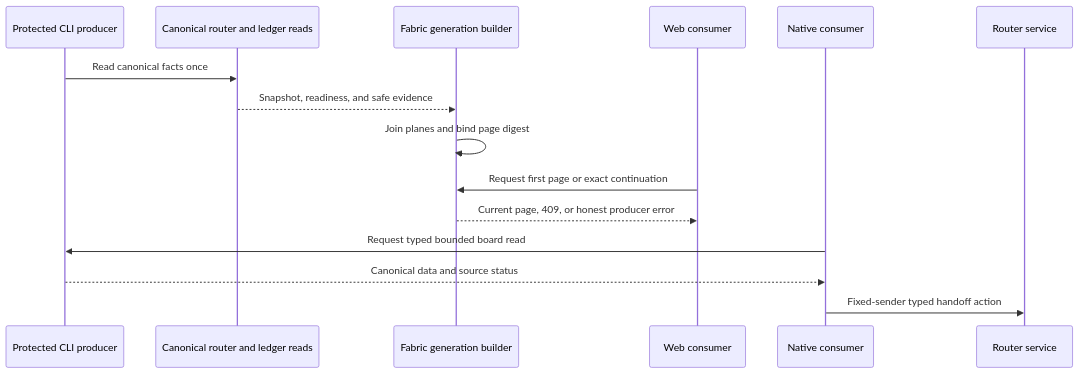
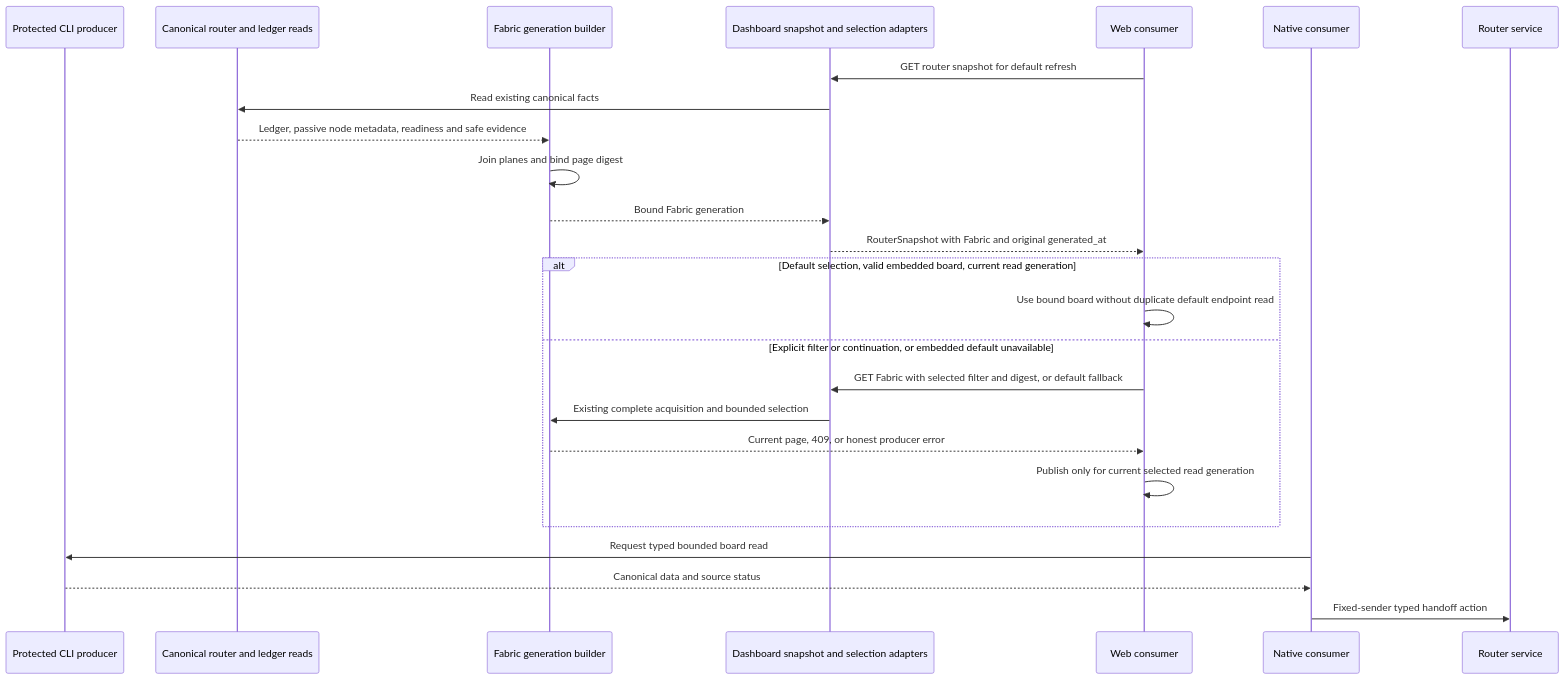
One commit to SirsiMaster/sirsi-pantheon changed diagram 24 of 37 in docs/stacklab/pantheon-pt/canon/DIAGRAMS_FABRIC_OPERATIONS.md. Above: the diagram before and after it, drawn with Mermaid. The commit also changed other lines of this file and 61 other files, not shown here.

Commit message:
fix(pantheon): complete native readability and bounded Fabric corrective cohort

````diff
--- a/docs/stacklab/pantheon-pt/canon/DIAGRAMS_FABRIC_OPERATIONS.md
+++ b/docs/stacklab/pantheon-pt/canon/DIAGRAMS_FABRIC_OPERATIONS.md
@@ -735,17 +760,27 @@
 ```mermaid
 sequenceDiagram
   participant CLI as Protected CLI producer
   participant Store as Canonical router and ledger reads
   participant Board as Fabric generation builder
+  participant API as Dashboard snapshot and selection adapters
   participant Web as Web consumer
   participant Native as Native consumer
   participant Service as Router service
-  CLI->>Store: Read canonical facts once
-  Store-->>Board: Snapshot, readiness, and safe evidence
+  Web->>API: GET router snapshot for default refresh
+  API->>Store: Read existing canonical facts
+  Store-->>Board: Ledger, passive node metadata, readiness and safe evidence
   Board->>Board: Join planes and bind page digest
-  Web->>Board: Request first page or exact continuation
-  Board-->>Web: Current page, 409, or honest producer error
+  Board-->>API: Bound Fabric generation
+  API-->>Web: RouterSnapshot with Fabric and original generated_at
+  alt Default selection, valid embedded board, current read generation
+    Web->>Web: Use bound board without duplicate default endpoint read
+  else Explicit filter or continuation, or embedded default unavailable
+    Web->>API: GET Fabric with selected filter and digest, or default fallback
+    API->>Board: Existing complete acquisition and bounded selection
+    Board-->>Web: Current page, 409, or honest producer error
+    Web->>Web: Publish only for current selected read generation
+  end
   Native->>CLI: Request typed bounded board read
   CLI-->>Native: Canonical data and source status
   Native->>Service: Fixed-sender typed handoff action
 ```
````
